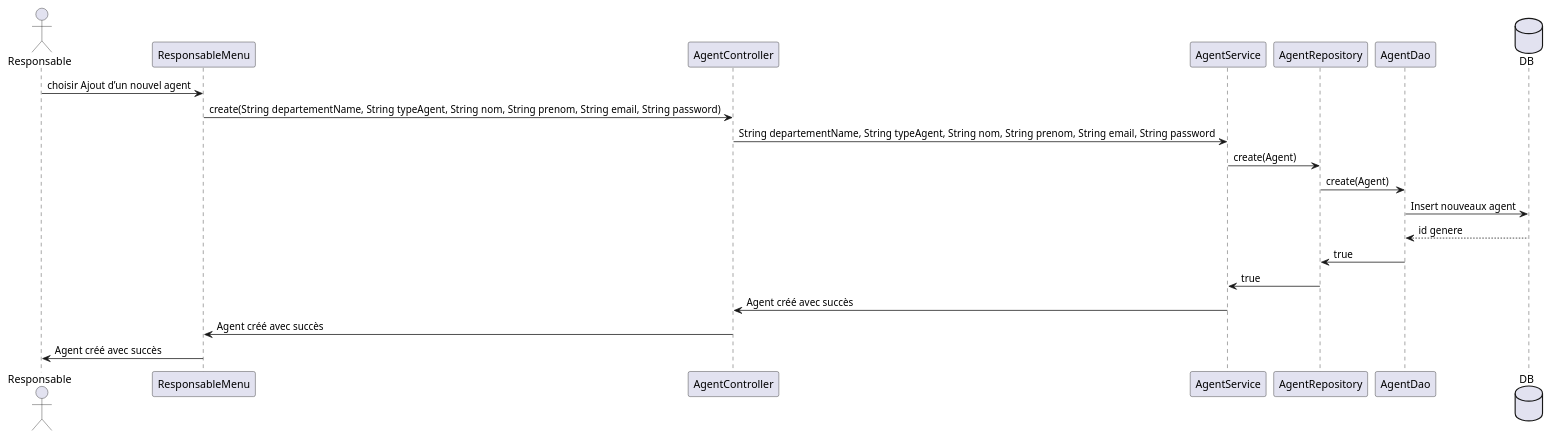
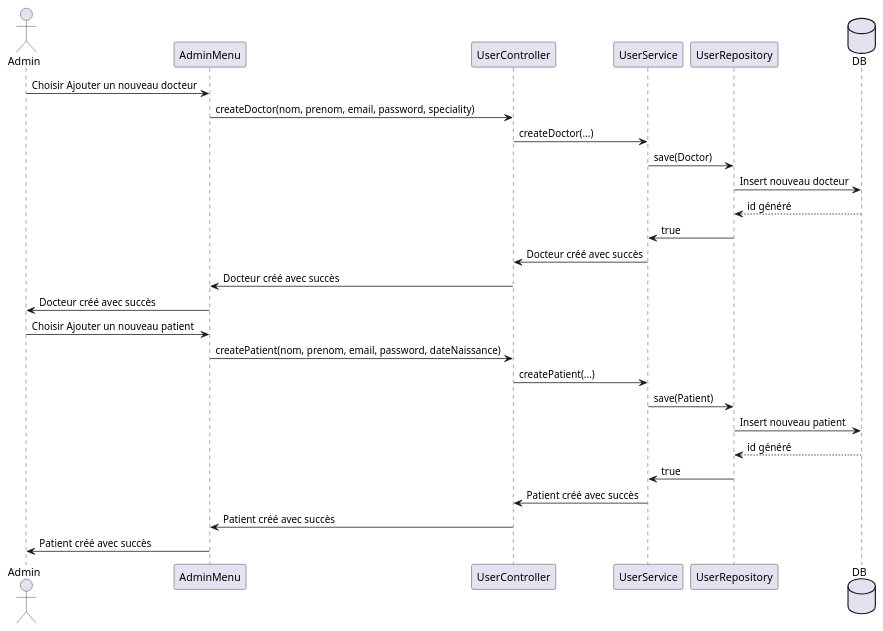
One commit to mustapha-moutaki/digital-hospital-Jakarta changed the diagram in diagrams-uml/sequence-diagram.puml. Above: the diagram before and after it, drawn with PlantUML.

Commit message:
add new features

```diff
--- a/diagrams-uml/sequence-diagram.puml
+++ b/diagrams-uml/sequence-diagram.puml
@@ -1,22 +1,32 @@
 @startuml
-actor Responsable
-participant ResponsableMenu
-participant AgentController
-participant AgentService
-participant AgentRepository
-participant AgentDao
+actor Admin
+participant AdminMenu
+participant UserController
+participant UserService
+participant UserRepository
 database DB
 
-Responsable -> ResponsableMenu : choisir Ajout d’un nouvel agent
-ResponsableMenu -> AgentController : create(String departementName,  String typeAgent, String nom, String prenom, String email, String password)
-AgentController -> AgentService : String departementName,  String typeAgent, String nom, String prenom, String email, String password
-AgentService -> AgentRepository : create(Agent)
-AgentRepository -> AgentDao : create(Agent)
-AgentDao -> DB : Insert nouveaux agent
-DB --> AgentDao : id genere
-AgentDao -> AgentRepository : true
-AgentRepository -> AgentService : true
-AgentService -> AgentController : Agent créé avec succès
-AgentController -> ResponsableMenu : Agent créé avec succès
-ResponsableMenu -> Responsable : Agent créé avec succès
+'=== Admin adds a new Doctor ===
+Admin -> AdminMenu : Choisir Ajouter un nouveau docteur
+AdminMenu -> UserController : createDoctor(nom, prenom, email, password, speciality)
+UserController -> UserService : createDoctor(...)
+UserService -> UserRepository : save(Doctor)
+UserRepository -> DB : Insert nouveau docteur
+DB --> UserRepository : id généré
+UserRepository -> UserService : true
+UserService -> UserController : Docteur créé avec succès
+UserController -> AdminMenu : Docteur créé avec succès
+AdminMenu -> Admin : Docteur créé avec succès
+
+'=== Admin adds a new Patient ===
+Admin -> AdminMenu : Choisir Ajouter un nouveau patient
+AdminMenu -> UserController : createPatient(nom, prenom, email, password, dateNaissance)
+UserController -> UserService : createPatient(...)
+UserService -> UserRepository : save(Patient)
+UserRepository -> DB : Insert nouveau patient
+DB --> UserRepository : id généré
+UserRepository -> UserService : true
+UserService -> UserController : Patient créé avec succès
+UserController -> AdminMenu : Patient créé avec succès
+AdminMenu -> Admin : Patient créé avec succès
 @enduml
```
